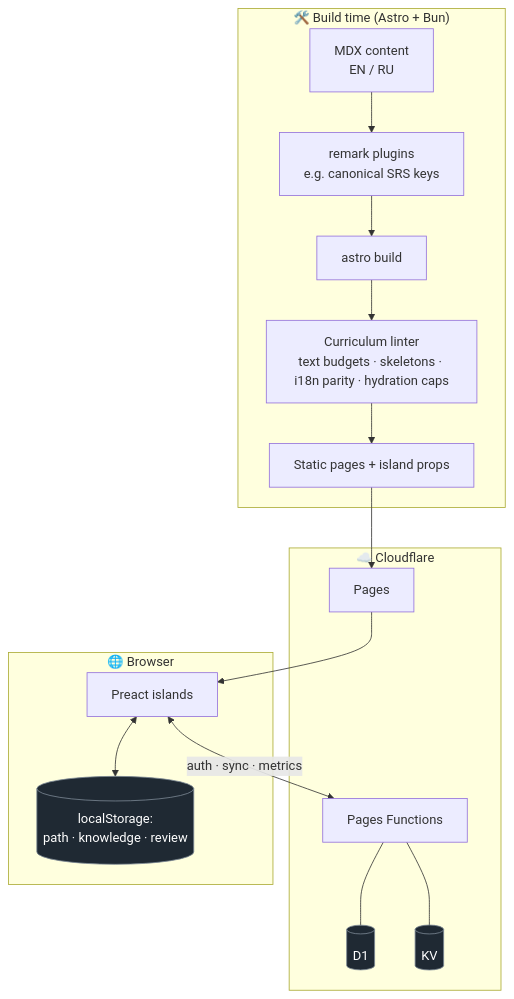
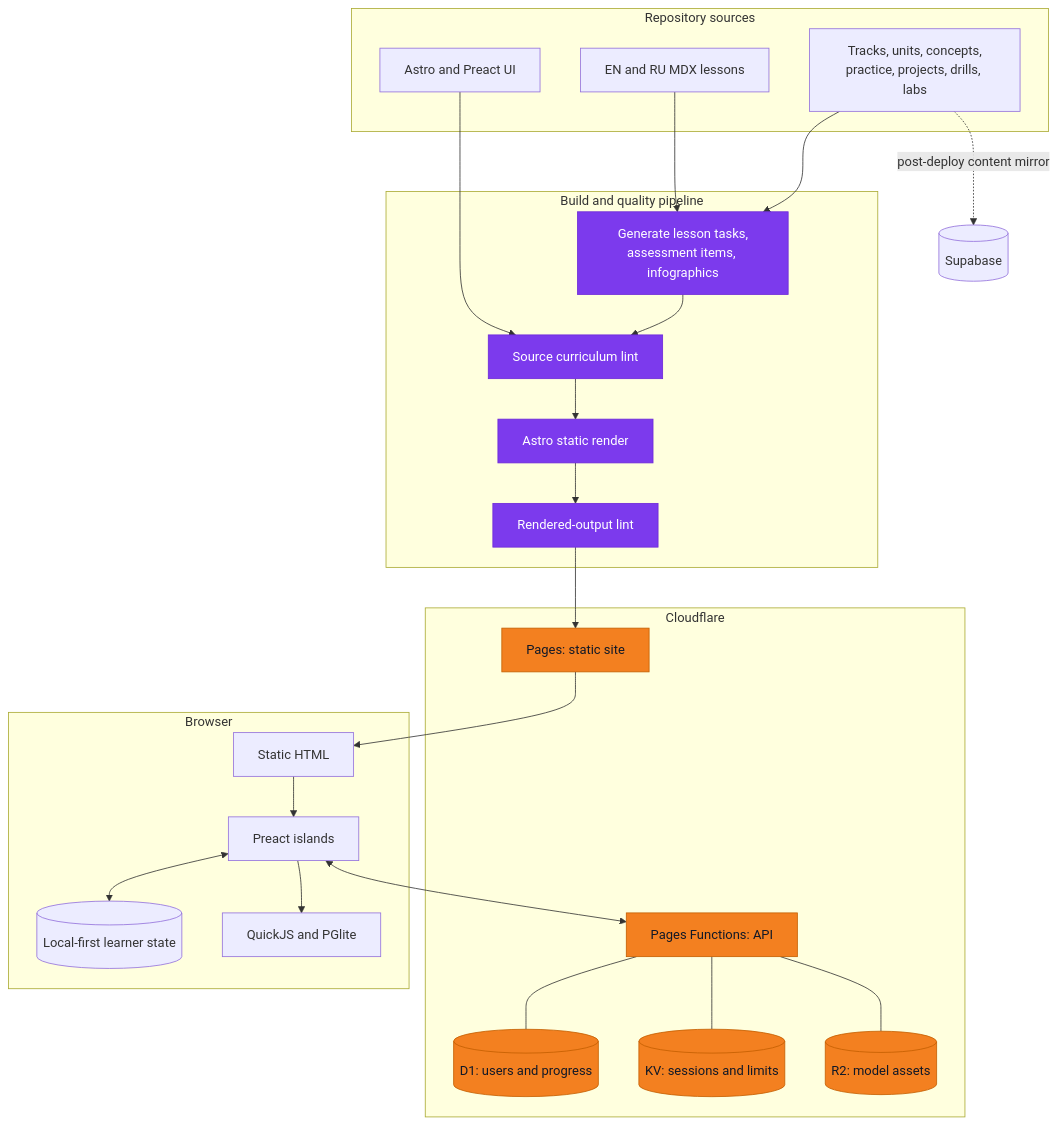
One commit to fallowlone/Skein changed the second of 4 diagrams in README.md. Above: the diagram before and after it, drawn with Mermaid. The commit also changed other lines of this file, not shown here.

````diff
--- a/README.md
+++ b/README.md
@@ -147,24 +151,48 @@
 ```mermaid
 flowchart TB
-    subgraph Build["🛠️ Build time (Astro + Bun)"]
-        MDX[MDX content<br/>EN / RU] --> RP[remark plugins<br/>e.g. canonical SRS keys]
-        RP --> A[astro build]
-        A --> LINT[Curriculum linter<br/>text budgets · skeletons · i18n parity · hydration caps]
-        LINT --> DIST[Static pages + island props]
+    subgraph Source[Repository sources]
+      MDX[EN and RU MDX lessons]
+      Data[Tracks, units, concepts,<br/>practice, projects, drills, labs]
+      UI[Astro and Preact UI]
     end
 
-    subgraph Edge["☁️ Cloudflare"]
-        DIST --> CFP[Pages]
-        FN[Pages Functions] --- D1[(D1)]
-        FN --- KV[(KV)]
+    subgraph Build[Build and quality pipeline]
+      Generate[Generate lesson tasks,<br/>assessment items, infographics]
+      LintSrc[Source curriculum lint]
+      Astro[Astro static render]
+      LintDist[Rendered-output lint]
     end
 
-    subgraph Client["🌐 Browser"]
-        CFP --> ISL[Preact islands]
-        ISL <--> LS[(localStorage:<br/>path · knowledge · review)]
-        ISL <-->|auth · sync · metrics| FN
+    subgraph Delivery[Cloudflare]
+      Pages[Pages: static site]
+      Fn[Pages Functions: API]
+      D1[(D1: users and progress)]
+      KV[(KV: sessions and limits)]
+      R2[(R2: model assets)]
     end
 
-    classDef store fill:#1f2933,color:#fff,stroke:#7b8794,stroke-width:1px;
-    class LS,D1,KV store;
+    subgraph Browser[Browser]
+      HTML[Static HTML]
+      Islands[Preact islands]
+      Local[(Local-first learner state)]
+      WASM[QuickJS and PGlite]
+    end
+
+    MDX --> Generate
+    Data --> Generate
+    UI --> LintSrc
+    Generate --> LintSrc --> Astro --> LintDist --> Pages
+    Pages --> HTML --> Islands
+    Islands <--> Local
+    Islands --> WASM
+    Islands <--> Fn
+    Fn --- D1
+    Fn --- KV
+    Fn --- R2
+    Data -. post-deploy content mirror .-> Supabase[(Supabase)]
+
+    classDef edge fill:#f38020,color:#111827,stroke:#c45f00;
+    classDef build fill:#7c3aed,color:#fff,stroke:#6d28d9;
+    class Pages,Fn,D1,KV,R2 edge;
+    class Generate,LintSrc,Astro,LintDist build;
 ```
````
